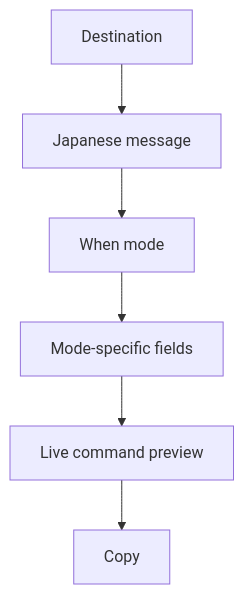
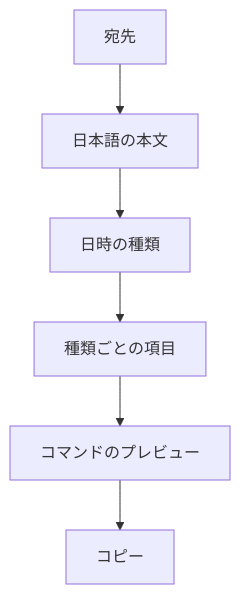
The diagram in docs/plans/2026-09-03-001-feat-slack-remind-command-generator-plan.md (ToshikiWatabe/slack_remind_command_generator), drawn with Mermaid before and after one commit. The commit also changed other lines of this file and 9 other files, not shown here.

````diff
--- a/docs/plans/2026-09-03-001-feat-slack-remind-command-generator-plan.md
+++ b/docs/plans/2026-09-03-001-feat-slack-remind-command-generator-plan.md
@@ -80,10 +80,10 @@
 ```mermaid
 flowchart TD
-  dest[Destination]
-  msg[Japanese message]
-  mode[When mode]
-  fields[Mode-specific fields]
-  preview[Live command preview]
-  copy[Copy]
+  dest[宛先]
+  msg[日本語の本文]
+  mode[日時の種類]
+  fields[種類ごとの項目]
+  preview[コマンドのプレビュー]
+  copy[コピー]
   dest --> msg --> mode --> fields --> preview --> copy
 ```
````
